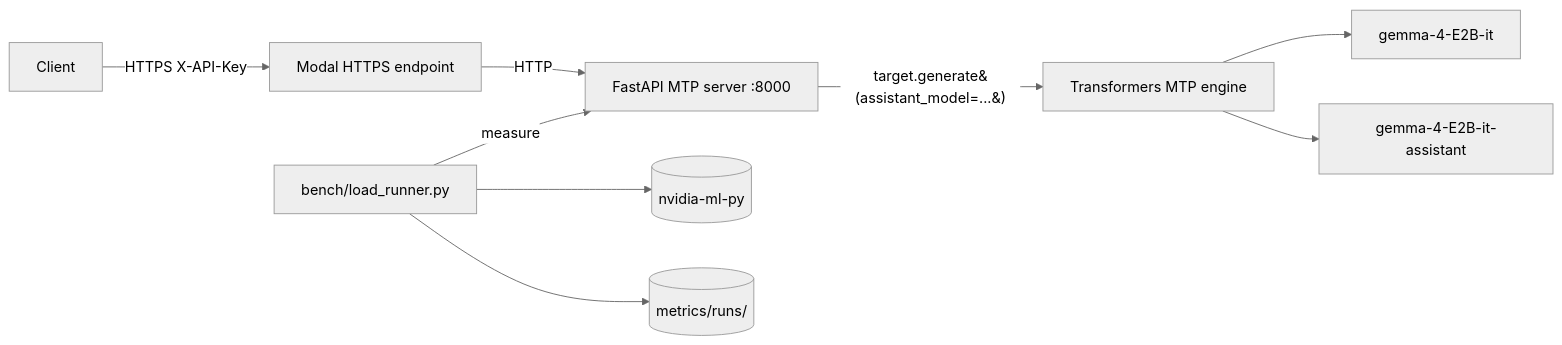
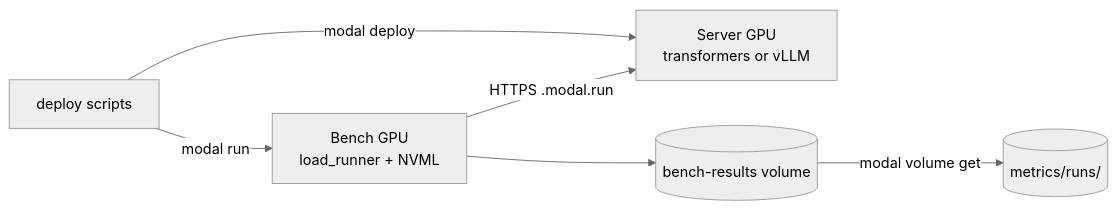
One commit to billy-enrizky/model-serving changed the diagram in multi-token-prediction/README.md. Above: the diagram before and after it, drawn with Mermaid (neutral theme). The commit also changed other lines of this file, not shown here.

````diff
--- a/multi-token-prediction/README.md
+++ b/multi-token-prediction/README.md
@@ -416,11 +426,8 @@
 ```mermaid
 graph LR
-    Client -->|HTTPS X-API-Key| ModalEndpoint[Modal HTTPS endpoint]
-    ModalEndpoint -->|HTTP| Server[FastAPI MTP server :8000]
-    Server -->|target.generate&#40;assistant_model=...&#41;| Engine[Transformers MTP engine]
-    Engine --> Target[gemma-4-E2B-it]
-    Engine --> Drafter[gemma-4-E2B-it-assistant]
-    Bench[bench/load_runner.py] -->|measure| Server
-    Bench --> NVML[(nvidia-ml-py)]
-    Bench --> Results[(metrics/runs/)]
+    Deploy[deploy scripts] -->|modal deploy| Server[Server GPU<br/>transformers or vLLM]
+    Deploy -->|modal run| Bench[Bench GPU<br/>load_runner + NVML]
+    Bench -->|HTTPS .modal.run| Server
+    Bench --> Vol[(bench-results volume)]
+    Vol -->|modal volume get| Results[(metrics/runs/)]
 ```
````
